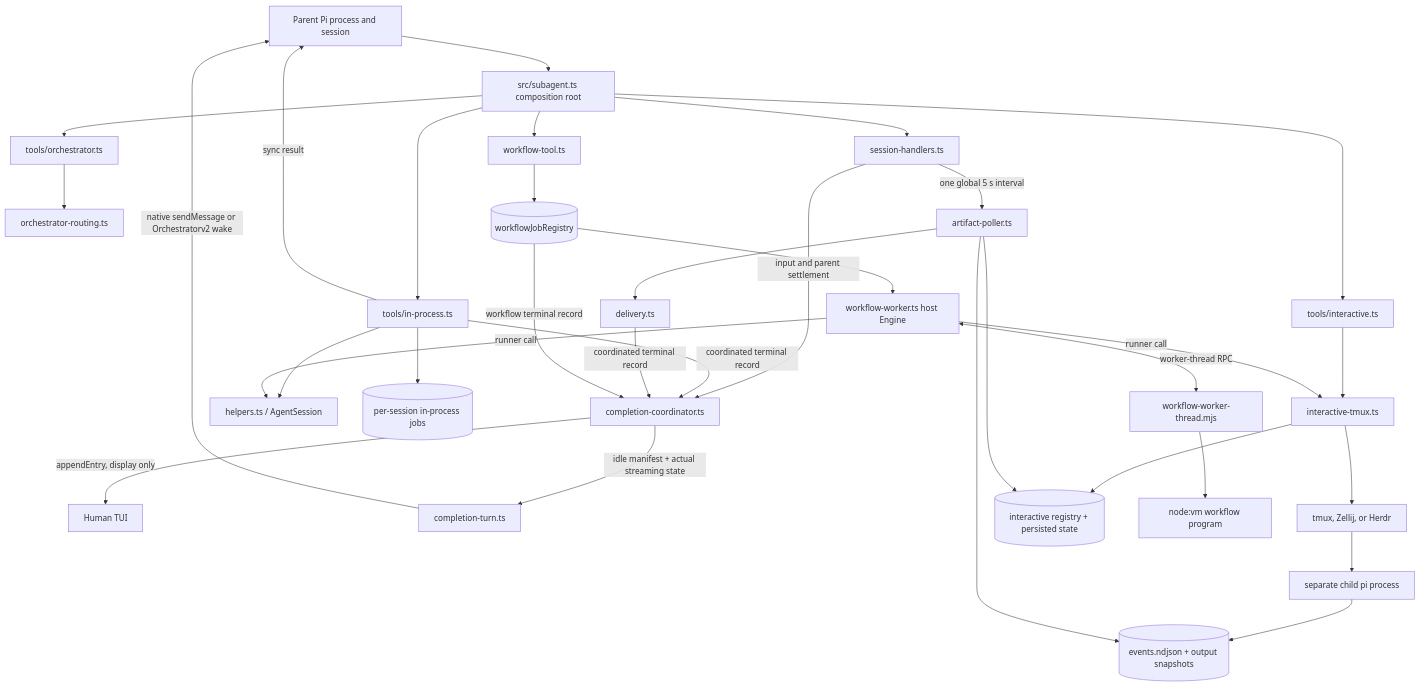
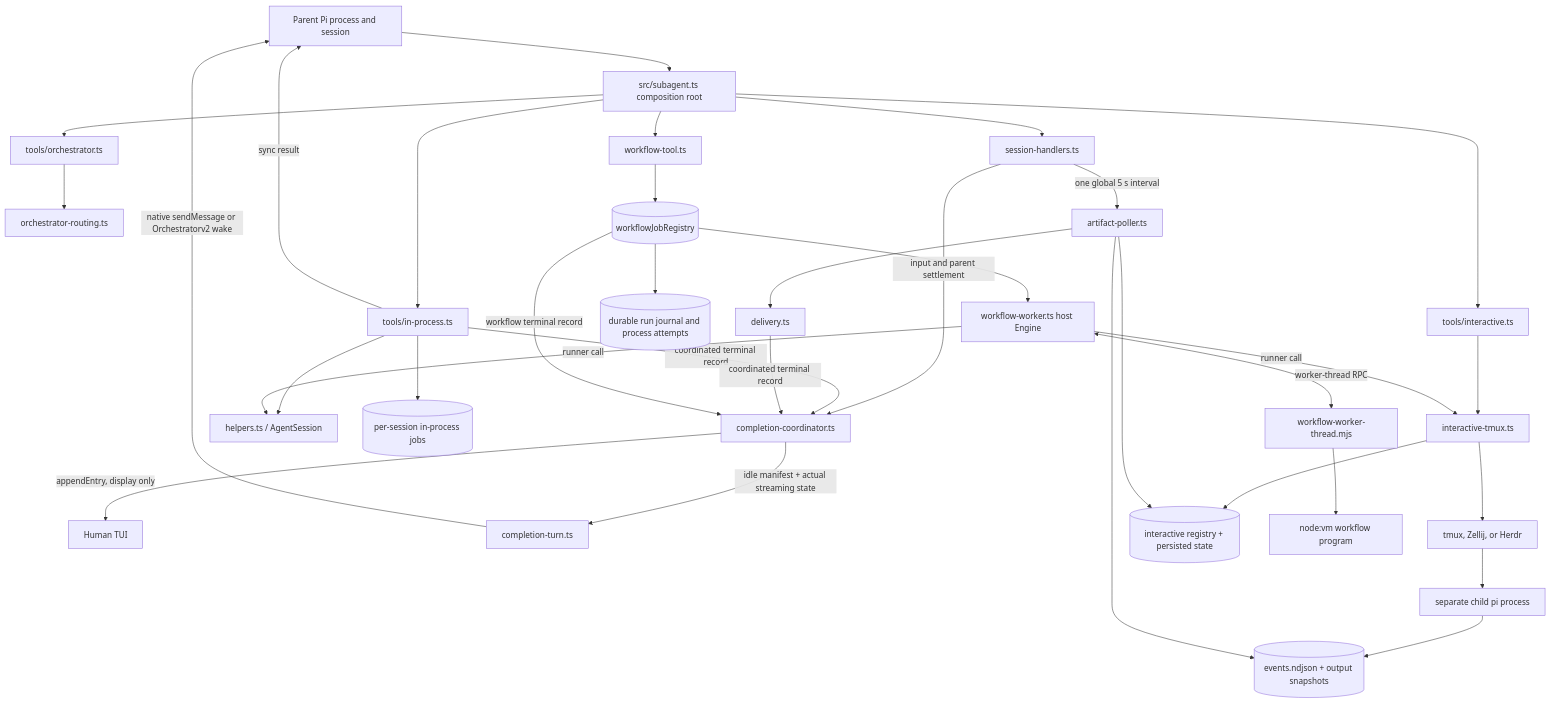
Before and after one commit to lmn451/pi-subagentura: the first of 8 diagrams in architecture.md, drawn with Mermaid. The commit also changed other lines of this file and 12 other files, not shown here.

Commit message:
feat(workflow): complete durable authoring and saved run UX

````diff
--- a/architecture.md
+++ b/architecture.md
@@ -32,67 +32,69 @@
 ```mermaid
 flowchart TB
   Parent[Parent Pi process and session]
   Human[Human TUI]
   Root[src/subagent.ts composition root]
   Session[session-handlers.ts]
   Coordinator[completion-coordinator.ts]
   Turn[completion-turn.ts]
   RouteTools[tools/orchestrator.ts]
   Routing[orchestrator-routing.ts]
 
   InTools[tools/in-process.ts]
   InKernel[helpers.ts / AgentSession]
   InJobs[(per-session in-process jobs)]
 
   IntTools[tools/interactive.ts]
   IntKernel[interactive-tmux.ts]
   Mux[tmux, Zellij, or Herdr]
   Child[separate child pi process]
   Artifacts[(events.ndjson + output snapshots)]
   IntJobs[(interactive registry + persisted state)]
   Poller[artifact-poller.ts]
   Delivery[delivery.ts]
 
   WfTools[workflow-tool.ts]
   WfJobs[(workflowJobRegistry)]
+  WfDurable[(durable run journal and process attempts)]
   Host[workflow-worker.ts host Engine]
   Worker[workflow-worker-thread.mjs]
   VM[node:vm workflow program]
 
   Parent --> Root
   Root --> Session
   Root --> InTools
   Root --> IntTools
   Root --> WfTools
   Root --> RouteTools
   RouteTools --> Routing
   Session -->|input and parent settlement| Coordinator
 
   InTools --> InKernel
   InTools --> InJobs
   InTools -->|coordinated terminal record| Coordinator
   InTools -->|sync result| Parent
 
   IntTools --> IntKernel
   IntKernel --> Mux
   Mux --> Child
   Child --> Artifacts
   IntKernel --> IntJobs
   Session -->|one global 5 s interval| Poller
   Poller --> Artifacts
   Poller --> IntJobs
   Poller --> Delivery
   Delivery -->|coordinated terminal record| Coordinator
 
   WfTools --> WfJobs
+  WfJobs --> WfDurable
   WfJobs --> Host
   Host <-->|worker-thread RPC| Worker
   Worker --> VM
   Host -->|runner call| InKernel
   Host -->|runner call| IntKernel
   WfJobs -->|workflow terminal record| Coordinator
 
   Coordinator -->|appendEntry, display only| Human
   Coordinator -->|idle manifest + actual streaming state| Turn
   Turn -->|native sendMessage or Orchestratorv2 wake| Parent
 ```
````
